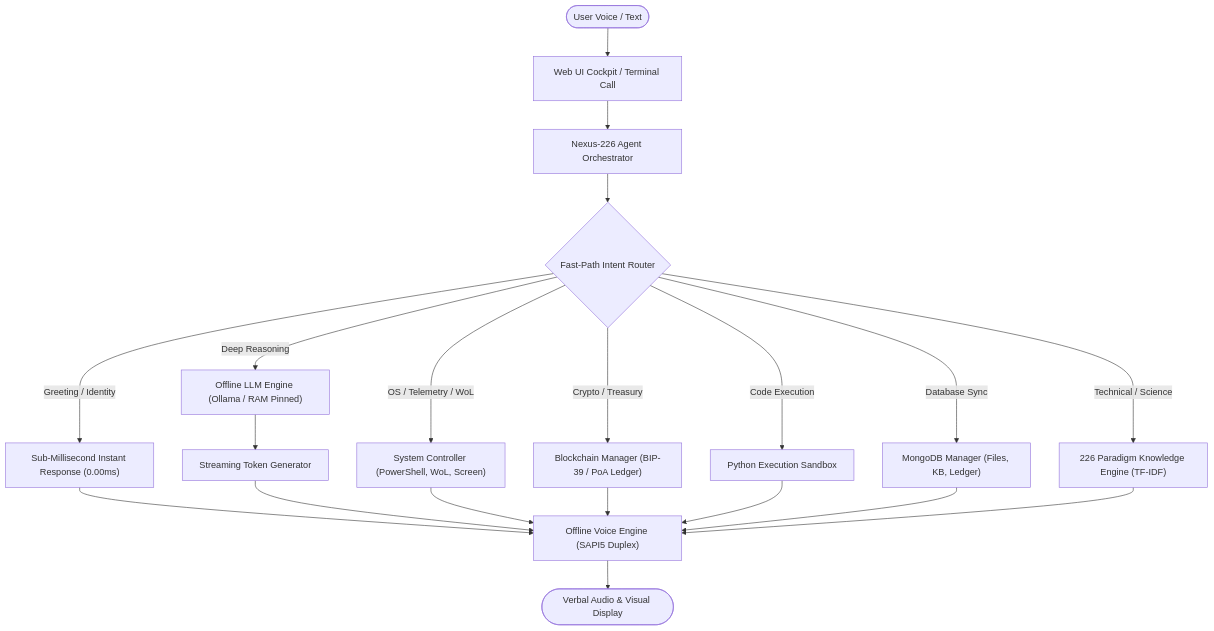
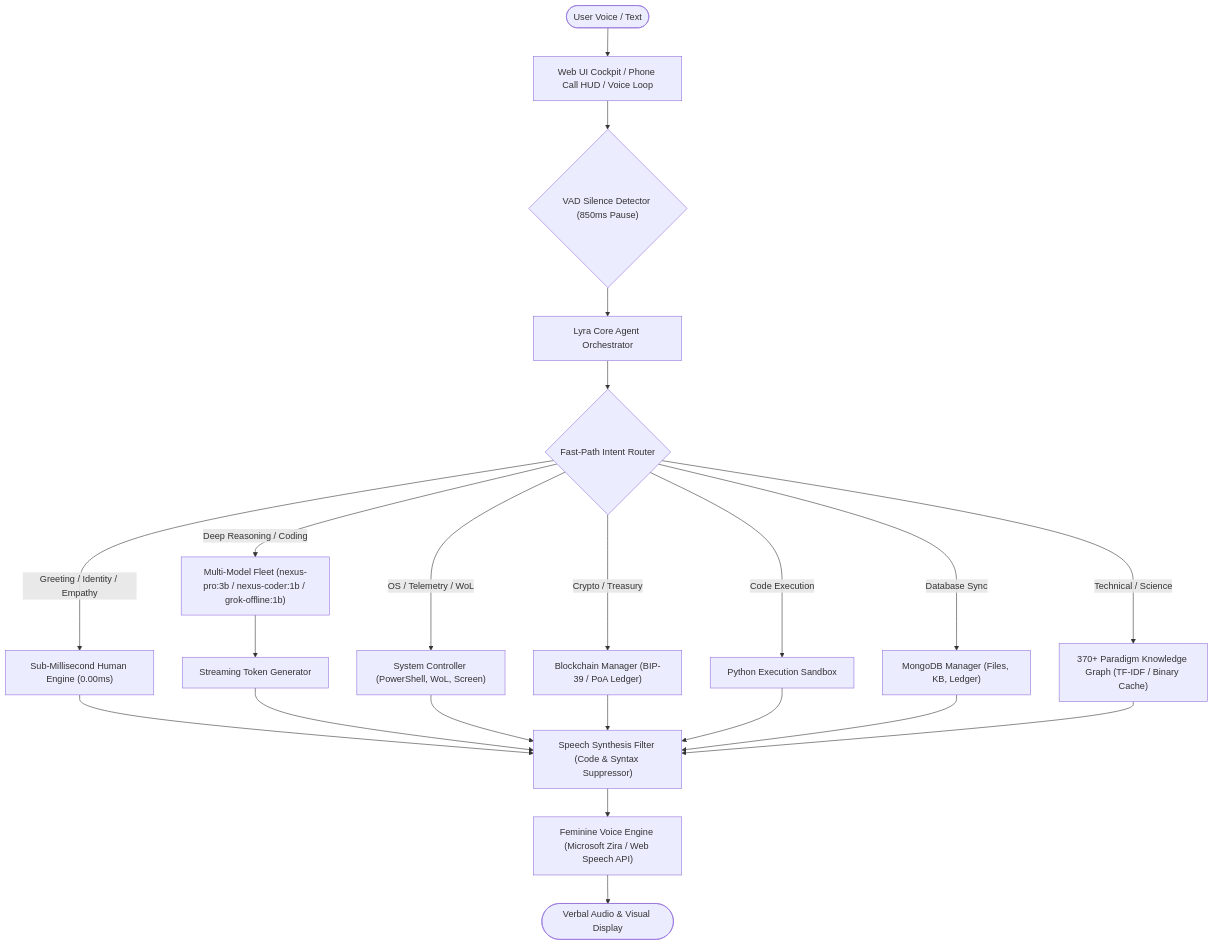
Before and after one commit to sammyharrison58/Offline-AI: the diagram in SYSTEM_MANUAL.md, drawn with Mermaid. The commit also changed other lines of this file, not shown here.

Commit message:
docs: synchronize SYSTEM_MANUAL.md with Lyra architecture, offline Vosk STT, and neural sphere

````diff
--- a/SYSTEM_MANUAL.md
+++ b/SYSTEM_MANUAL.md
@@ -10,24 +10,26 @@
 ```mermaid
 flowchart TD
-    User([User Voice / Text]) --> UI["Web UI Cockpit / Terminal Call"]
-    UI --> Agent["Nexus-226 Agent Orchestrator"]
+    User([User Voice / Text]) --> UI["Web UI Cockpit / Phone Call HUD / Voice Loop"]
+    UI --> VAD{"VAD Silence Detector (850ms Pause)"}
+    VAD --> Agent["Lyra Core Agent Orchestrator"]
     Agent --> FastPath{"Fast-Path Intent Router"}
     
-    FastPath -->|Greeting / Identity| QuickResp["Sub-Millisecond Instant Response (0.00ms)"]
+    FastPath -->|Greeting / Identity / Empathy| QuickResp["Sub-Millisecond Human Engine (0.00ms)"]
     FastPath -->|OS / Telemetry / WoL| SysCtrl["System Controller (PowerShell, WoL, Screen)"]
     FastPath -->|Crypto / Treasury| Chain["Blockchain Manager (BIP-39 / PoA Ledger)"]
     FastPath -->|Code Execution| Sandbox["Python Execution Sandbox"]
     FastPath -->|Database Sync| Mongo["MongoDB Manager (Files, KB, Ledger)"]
-    FastPath -->|Technical / Science| KB["226 Paradigm Knowledge Engine (TF-IDF)"]
-    FastPath -->|Deep Reasoning| LLM["Offline LLM Engine (Ollama / RAM Pinned)"]
+    FastPath -->|Technical / Science| KB["370+ Paradigm Knowledge Graph (TF-IDF / Binary Cache)"]
+    FastPath -->|Deep Reasoning / Coding| LLM["Multi-Model Fleet (nexus-pro:3b / nexus-coder:1b / grok-offline:1b)"]
     
     LLM --> Stream["Streaming Token Generator"]
-    QuickResp --> Voice["Offline Voice Engine (SAPI5 Duplex)"]
-    Stream --> Voice
-    SysCtrl --> Voice
-    Chain --> Voice
-    Sandbox --> Voice
-    Mongo --> Voice
-    KB --> Voice
+    QuickResp --> SpokenClean["Speech Synthesis Filter (Code & Syntax Suppressor)"]
+    Stream --> SpokenClean
+    SysCtrl --> SpokenClean
+    Chain --> SpokenClean
+    Sandbox --> SpokenClean
+    Mongo --> SpokenClean
+    KB --> SpokenClean
+    SpokenClean --> Voice["Feminine Voice Engine (Microsoft Zira / Web Speech API)"]
     Voice --> AudioOut([Verbal Audio & Visual Display])
 ```
````
